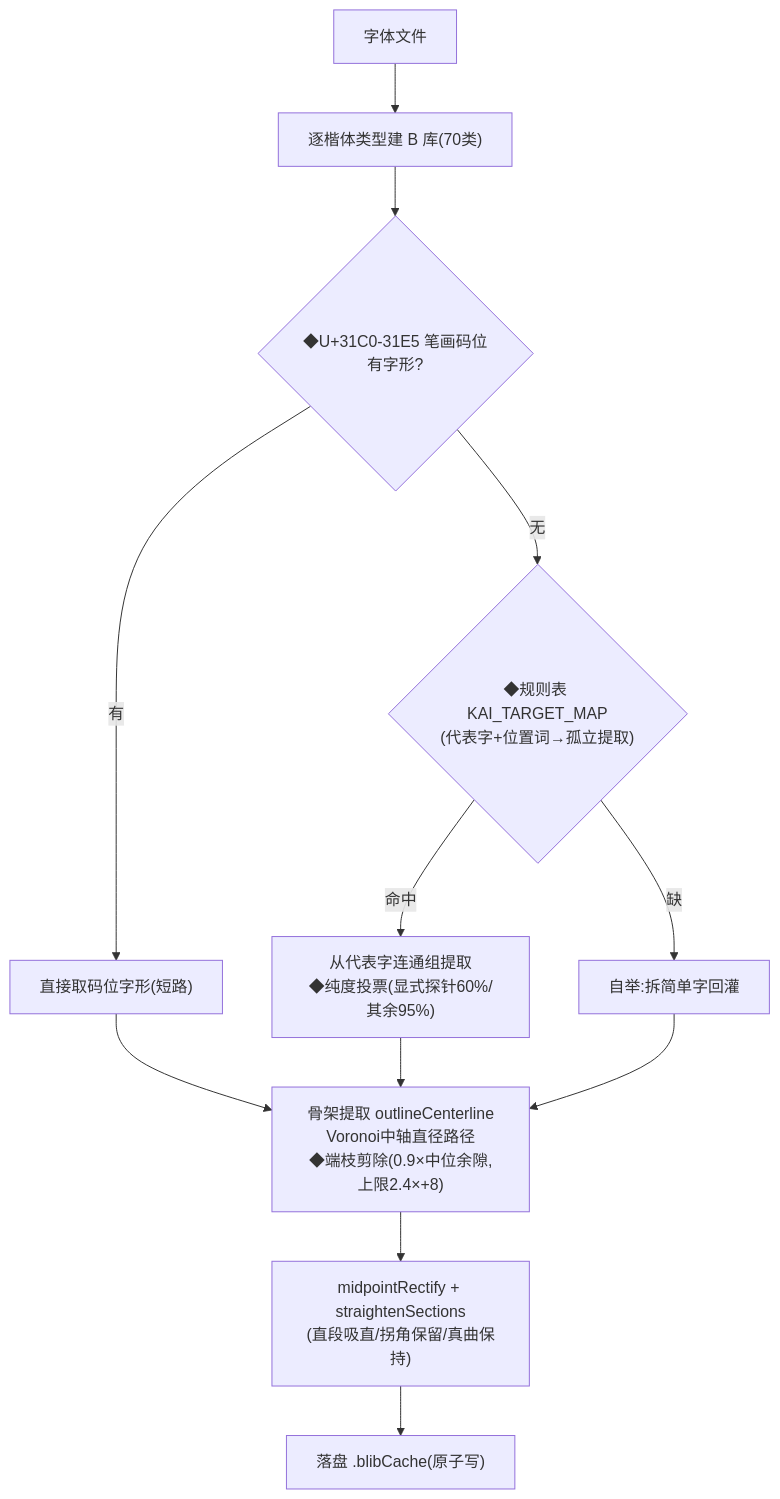
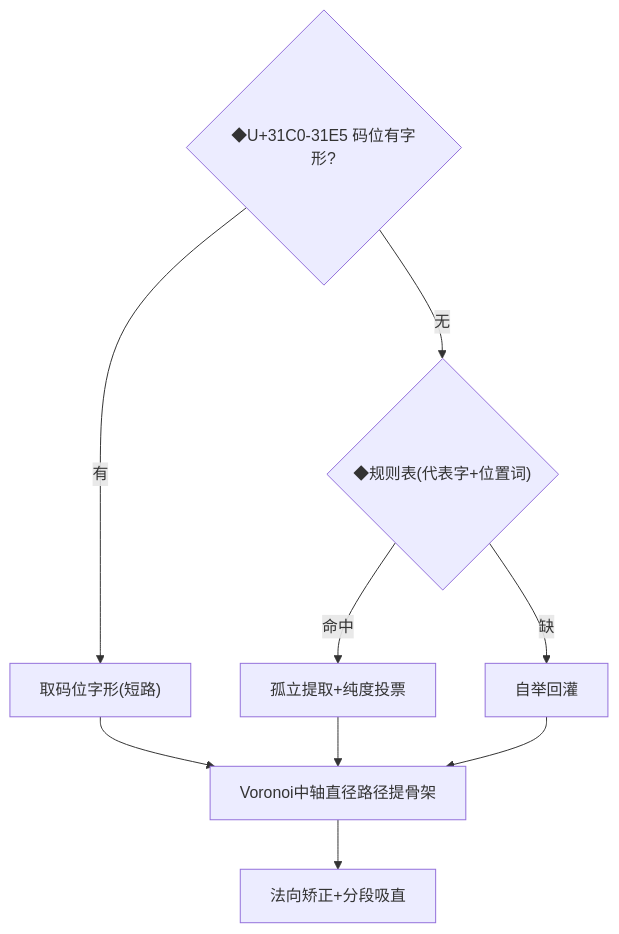
One commit to lulilulili/TearHanZiApart changed the second of 2 diagrams in docs/拆解流程审查.md. Above: the diagram before and after it, drawn with Mermaid. The commit also changed other lines of this file, not shown here.

First line of the commit message:
docs: 流程审查图v2——每环节补'解决什么问题+不做会怎样(事故字例)'

````diff
--- a/docs/拆解流程审查.md
+++ b/docs/拆解流程审查.md
@@ -31,14 +31,9 @@
 ```mermaid
 flowchart TB
-    F["字体文件"] --> B0["逐楷体类型建 B 库(70类)"]
-    B0 --> C1{"◆U+31C0-31E5 笔画码位有字形?"}
-    C1 -->|有| TAKE["直接取码位字形(短路)"]
-    C1 -->|无| C2{"◆规则表 KAI_TARGET_MAP<br/>(代表字+位置词→孤立提取)"}
-    C2 -->|命中| EXT["从代表字连通组提取<br/>◆纯度投票(显式探针60%/其余95%)"]
-    C2 -->|缺| BOOT["自举:拆简单字回灌"]
-    TAKE --> SK["骨架提取 outlineCenterline<br/>Voronoi中轴直径路径<br/>◆端枝剪除(0.9×中位余隙,上限2.4×+8)"]
-    EXT --> SK
-    BOOT --> SK
-    SK --> POST["midpointRectify + straightenSections<br/>(直段吸直/拐角保留/真曲保持)"]
-    POST --> SAVE["落盘 .blibCache(原子写)"]
+    C1{"◆U+31C0-31E5 码位有字形?"} -->|有| TAKE["取码位字形(短路)"]
+    C1 -->|无| C2{"◆规则表(代表字+位置词)"}
+    C2 -->|命中| EXT["孤立提取+纯度投票"]
+    C2 -->|缺| BOOT["自举回灌"]
+    TAKE & EXT & BOOT --> SK["Voronoi中轴直径路径提骨架"]
+    SK --> POST["法向矫正+分段吸直"]
 ```
````
